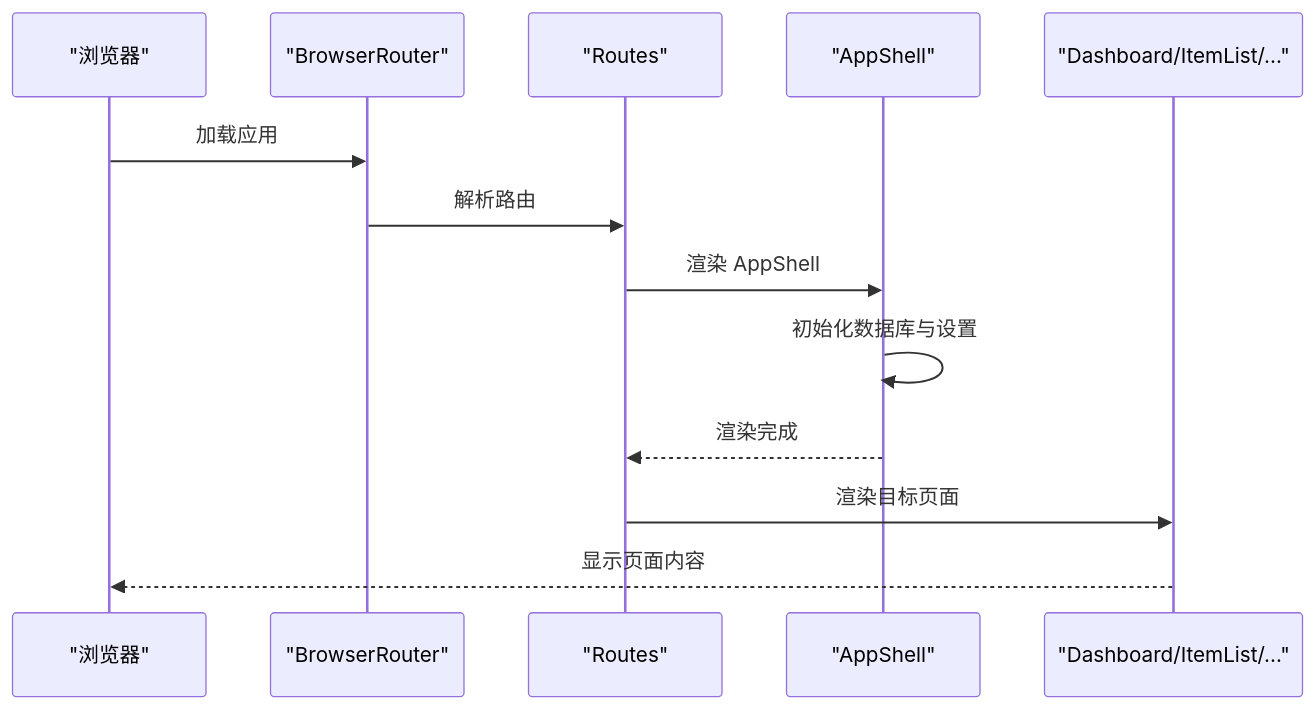
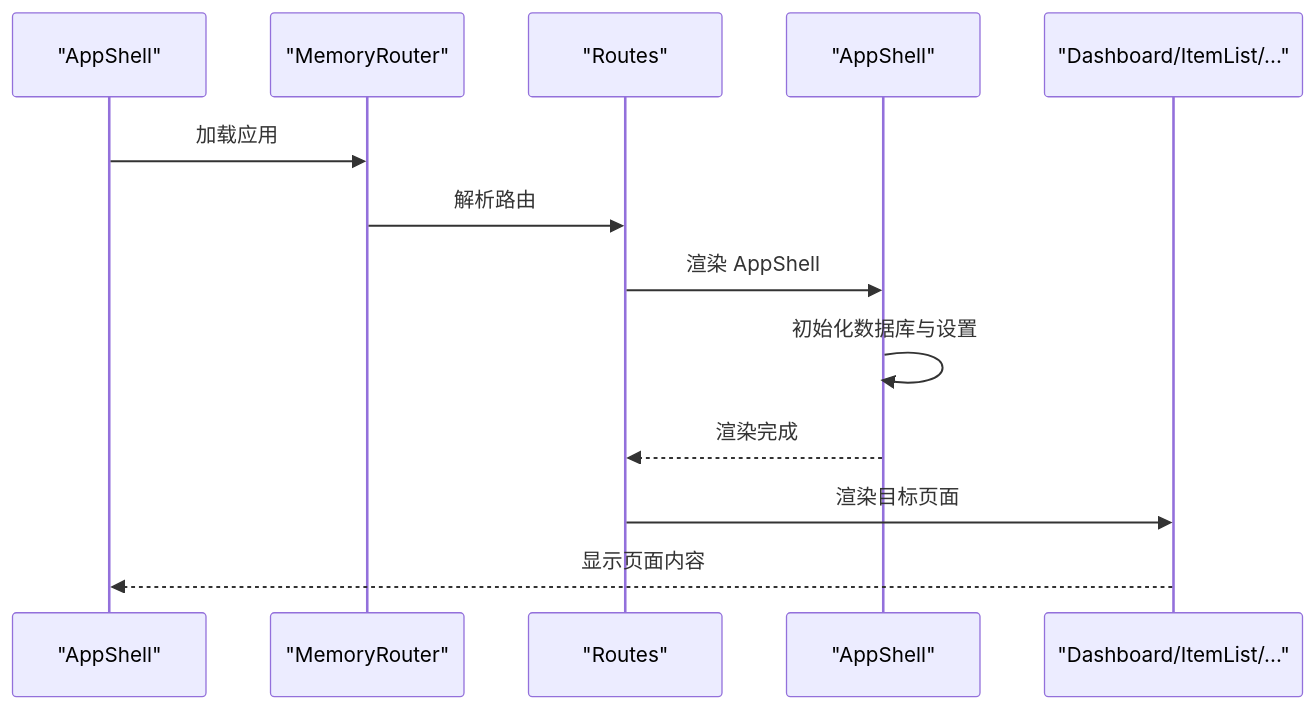
Before and after one commit to yn-zxj/Assetly: the fourth of 9 diagrams in .qoder/repowiki/zh/content/架构设计/前端架构设计.md, drawn with Mermaid. The commit also changed other lines of this file and 14 other files, not shown here.

````diff
--- a/.qoder/repowiki/zh/content/架构设计/前端架构设计.md
+++ b/.qoder/repowiki/zh/content/架构设计/前端架构设计.md
@@ -177,15 +178,15 @@
 ```mermaid
 sequenceDiagram
-participant Browser as "浏览器"
-participant Router as "BrowserRouter"
+participant AppShell as "AppShell"
+participant Router as "MemoryRouter"
 participant Routes as "Routes"
 participant Shell as "AppShell"
 participant Page as "Dashboard/ItemList/..."
-Browser->>Router : 加载应用
+AppShell->>Router : 加载应用
 Router->>Routes : 解析路由
 Routes->>Shell : 渲染 AppShell
 Shell->>Shell : 初始化数据库与设置
 Shell-->>Routes : 渲染完成
 Routes->>Page : 渲染目标页面
-Page-->>Browser : 显示页面内容
+Page-->>AppShell : 显示页面内容
 ```
````
